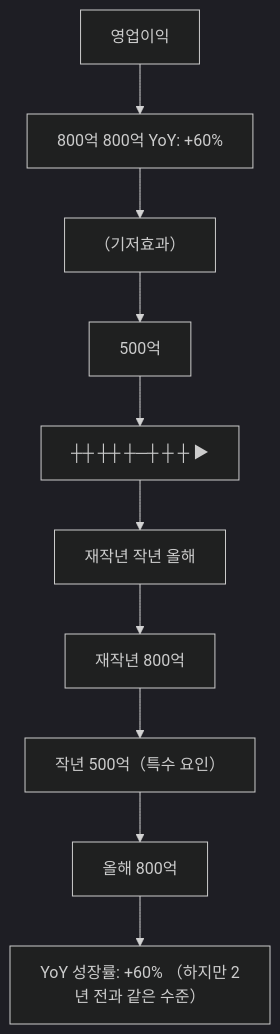
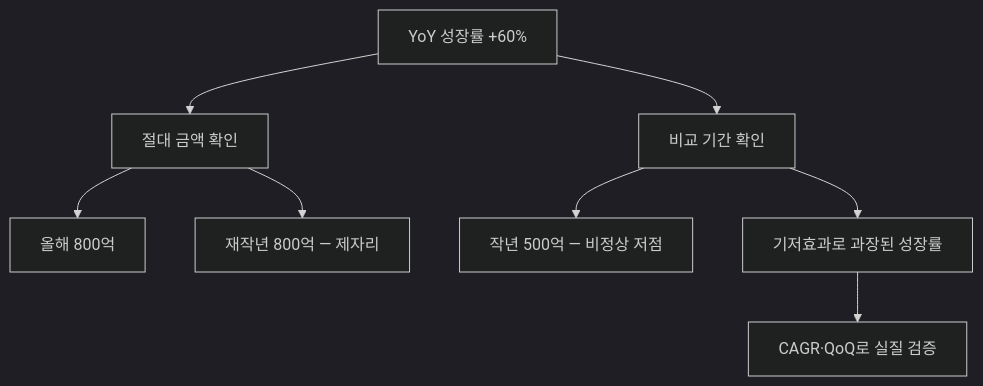
Before and after one commit to yeongseon/stock-visual-note: the diagram in content/stock-terms/ko/level-08-industry-macro/base-effect.md, drawn with Mermaid (dark theme). The commit also changed other lines of this file and 96 other files, not shown here.

Commit message:
Rewrite all 98 remaining articles: branching Mermaid diagrams, natural search_intent, compelling seo_titles, clean descriptions

````diff
--- a/content/stock-terms/ko/level-08-industry-macro/base-effect.md
+++ b/content/stock-terms/ko/level-08-industry-macro/base-effect.md
@@ -42,22 +42,11 @@
 ```mermaid
 graph TD
-    A0["영업이익"]
-    A1["800억 800억 YoY: +60%"]
-    A2["（기저효과）"]
-    A3["500억"]
-    A4["┼┼ ┼┼ ┼─┼ ┼ ┼ ▶"]
-    A5["재작년 작년 올해"]
-    A6["재작년 800억"]
-    A7["작년 500억（특수 요인）"]
-    A8["올해 800억"]
-    A9["YoY 성장률: +60% （하지만 2년 전과 같은 수준）"]
-    A0 --> A1
-    A1 --> A2
-    A2 --> A3
-    A3 --> A4
-    A4 --> A5
-    A5 --> A6
-    A6 --> A7
-    A7 --> A8
-    A8 --> A9
+    A["YoY 성장률 +60%"]
+    A --> B["절대 금액 확인"]
+    A --> C["비교 기간 확인"]
+    B --> B1["올해 800억"]
+    B --> B2["재작년 800억 — 제자리"]
+    C --> C1["작년 500억 — 비정상 저점"]
+    C --> C2["기저효과로 과장된 성장률"]
+    C2 --> D["CAGR·QoQ로 실질 검증"]
 ```
````
